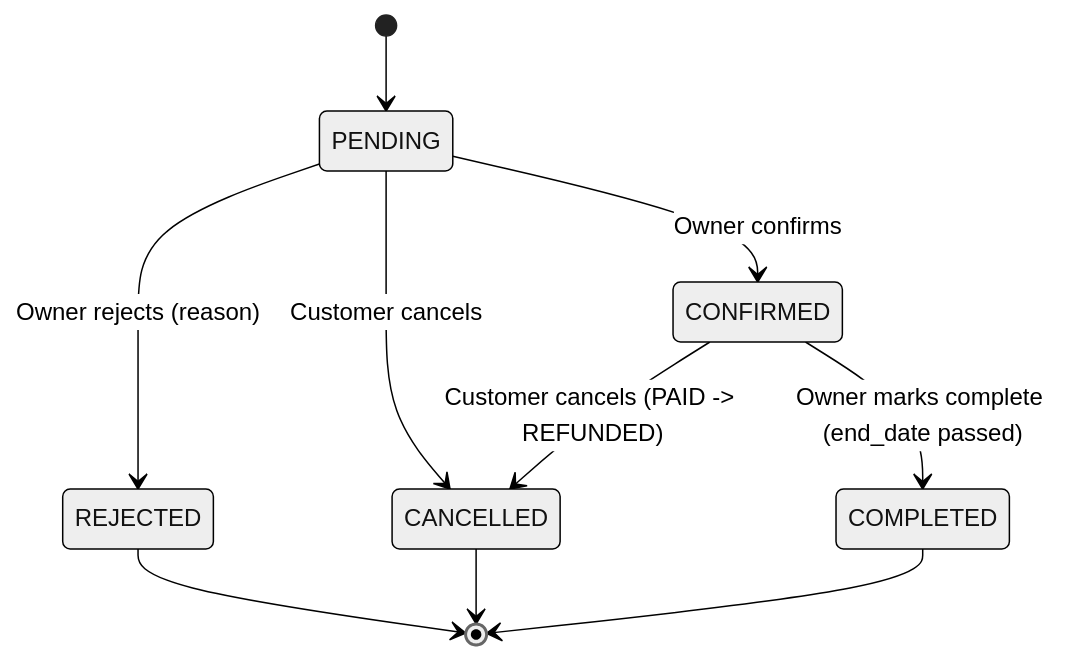
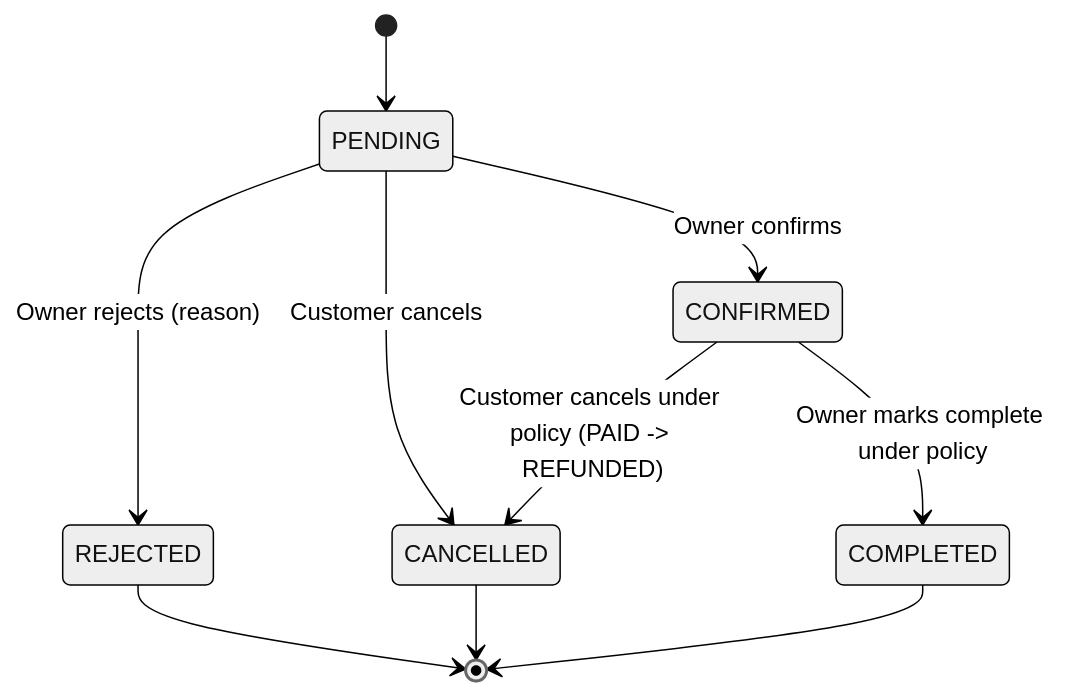
The second of 7 diagrams in docs/SDD.md (thanhmit/CarRent), drawn with Mermaid (neutral theme) before and after one commit. The commit also changed other lines of this file and 23 other files, not shown here.

````diff
--- a/docs/SDD.md
+++ b/docs/SDD.md
@@ -297,12 +313,12 @@
 ```mermaid
 stateDiagram-v2
     [*] --> PENDING
     PENDING --> CONFIRMED: Owner confirms
     PENDING --> REJECTED: Owner rejects (reason)
     PENDING --> CANCELLED: Customer cancels
-    CONFIRMED --> CANCELLED: Customer cancels (PAID -> REFUNDED)
-    CONFIRMED --> COMPLETED: Owner marks complete (end_date passed)
+    CONFIRMED --> CANCELLED: Customer cancels under policy (PAID -> REFUNDED)
+    CONFIRMED --> COMPLETED: Owner marks complete under policy
     REJECTED --> [*]
     CANCELLED --> [*]
     COMPLETED --> [*]
 ```
````
